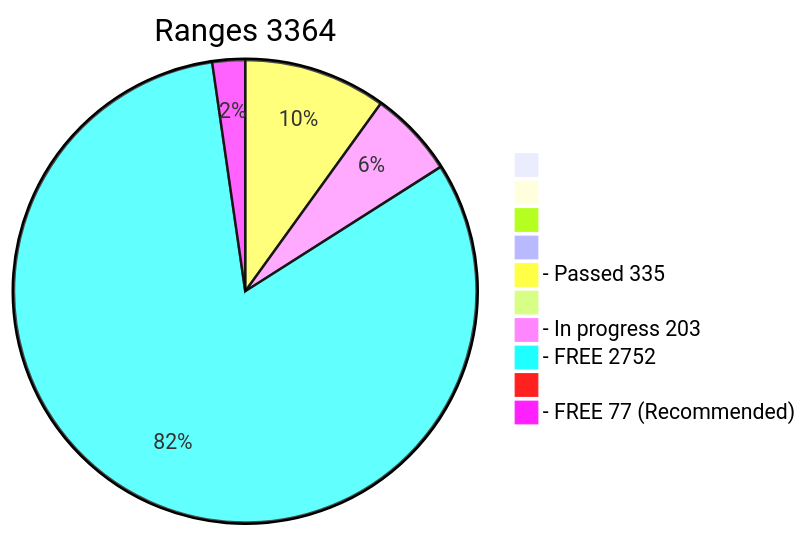
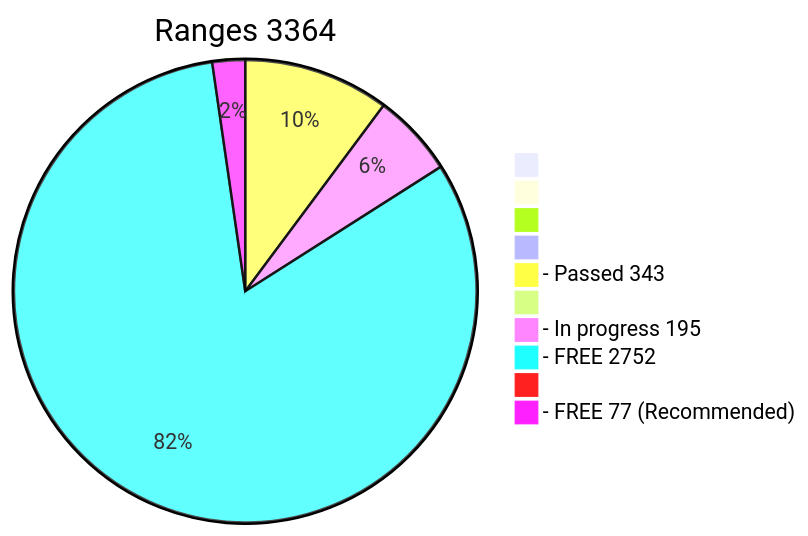
Before and after one commit to phrutis/wif500: the diagram in x64/Release/table.md, drawn with Mermaid. The commit also changed other lines of this file, not shown here.

````diff
--- a/x64/Release/table.md
+++ b/x64/Release/table.md
@@ -2,13 +2,13 @@
 ```mermaid
 pie title Ranges 3364
   " " : 0
   "  " : 0
   "   " : 0
   "    " : 0
-  "- Passed 335" : 335
+  "- Passed 343" : 343
   "     " : 0
-  "- In progress 203" : 203
+  "- In progress 195" : 195
   "- FREE 2752" : 2752
   "      " : 0
   "- FREE 77 (Recommended)" : 77
 ```
````
